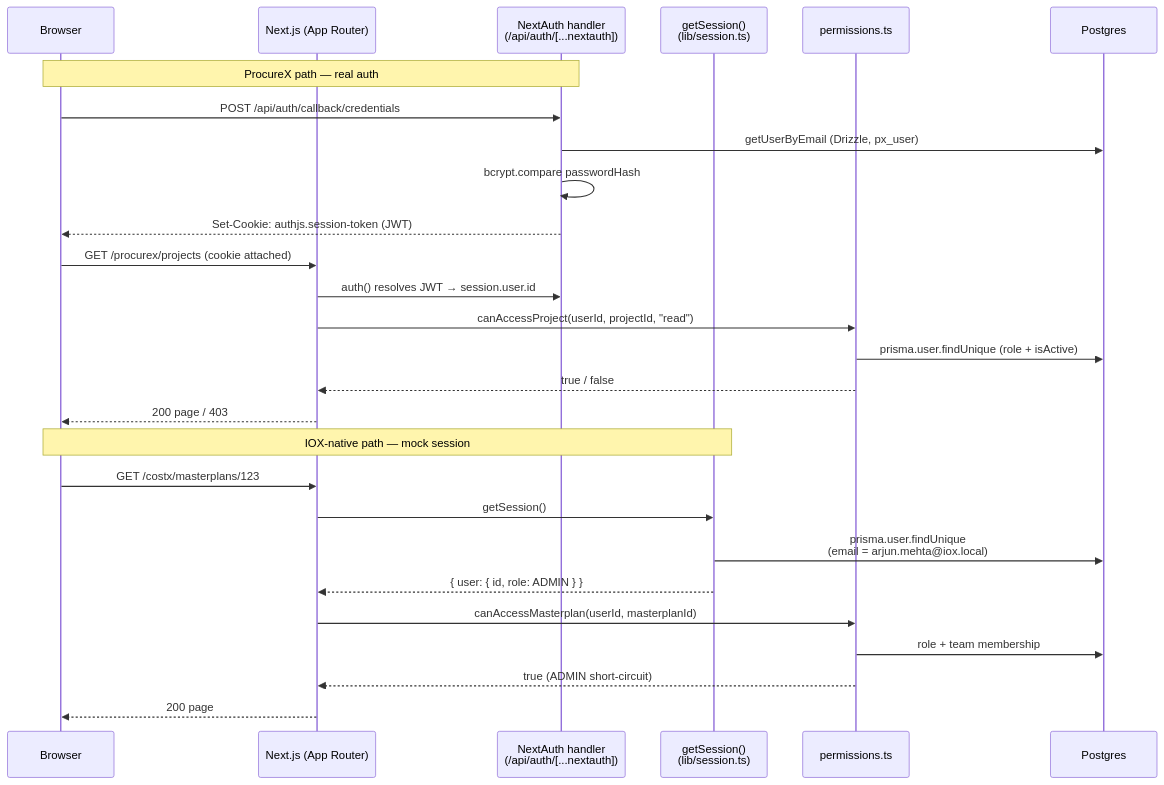
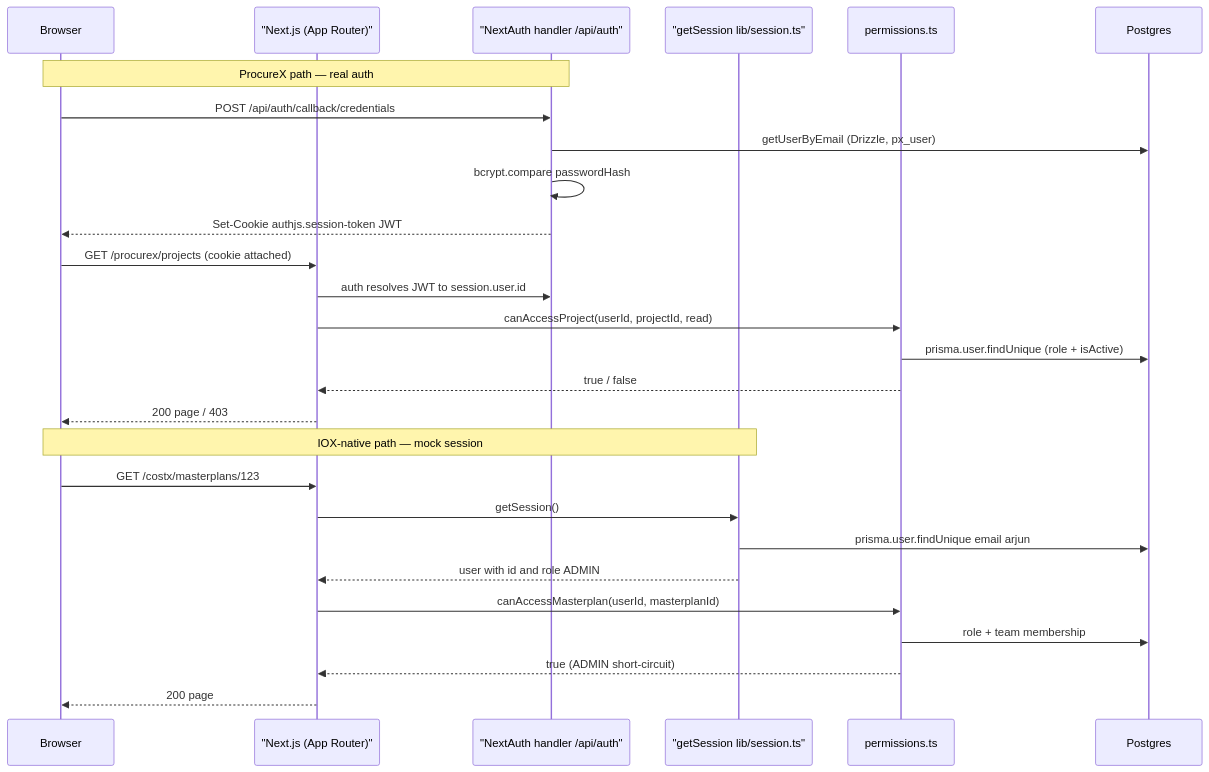
Before and after one commit to tajalagawani/BOQs-master: the diagram in docs/modules/iox-core.md, drawn with Mermaid. The commit also changed 8 other files, not shown here.

First line of the commit message:
fix(docs): mermaid 11 syntax across 18 diagrams in 9 module docs

````diff
--- a/docs/modules/iox-core.md
+++ b/docs/modules/iox-core.md
@@ -279,32 +279,32 @@
 ```mermaid
 sequenceDiagram
   participant B as Browser
-  participant N as Next.js (App Router)
-  participant A as NextAuth handler<br/>(/api/auth/[...nextauth])
-  participant S as getSession()<br/>(lib/session.ts)
+  participant N as "Next.js (App Router)"
+  participant A as "NextAuth handler /api/auth"
+  participant S as "getSession lib/session.ts"
   participant P as permissions.ts
   participant DB as Postgres
 
   Note over B,A: ProcureX path — real auth
   B->>A: POST /api/auth/callback/credentials
   A->>DB: getUserByEmail (Drizzle, px_user)
   A->>A: bcrypt.compare passwordHash
-  A-->>B: Set-Cookie: authjs.session-token (JWT)
+  A-->>B: Set-Cookie authjs.session-token JWT
 
   B->>N: GET /procurex/projects (cookie attached)
-  N->>A: auth() resolves JWT → session.user.id
-  N->>P: canAccessProject(userId, projectId, "read")
+  N->>A: auth resolves JWT to session.user.id
+  N->>P: canAccessProject(userId, projectId, read)
   P->>DB: prisma.user.findUnique (role + isActive)
   P-->>N: true / false
   N-->>B: 200 page / 403
 
   Note over B,S: IOX-native path — mock session
   B->>N: GET /costx/masterplans/123
   N->>S: getSession()
-  S->>DB: prisma.user.findUnique<br/>(email = arjun.mehta@iox.local)
-  S-->>N: { user: { id, role: ADMIN } }
+  S->>DB: prisma.user.findUnique email arjun
+  S-->>N: user with id and role ADMIN
   N->>P: canAccessMasterplan(userId, masterplanId)
   P->>DB: role + team membership
   P-->>N: true (ADMIN short-circuit)
   N-->>B: 200 page
 ```
````
